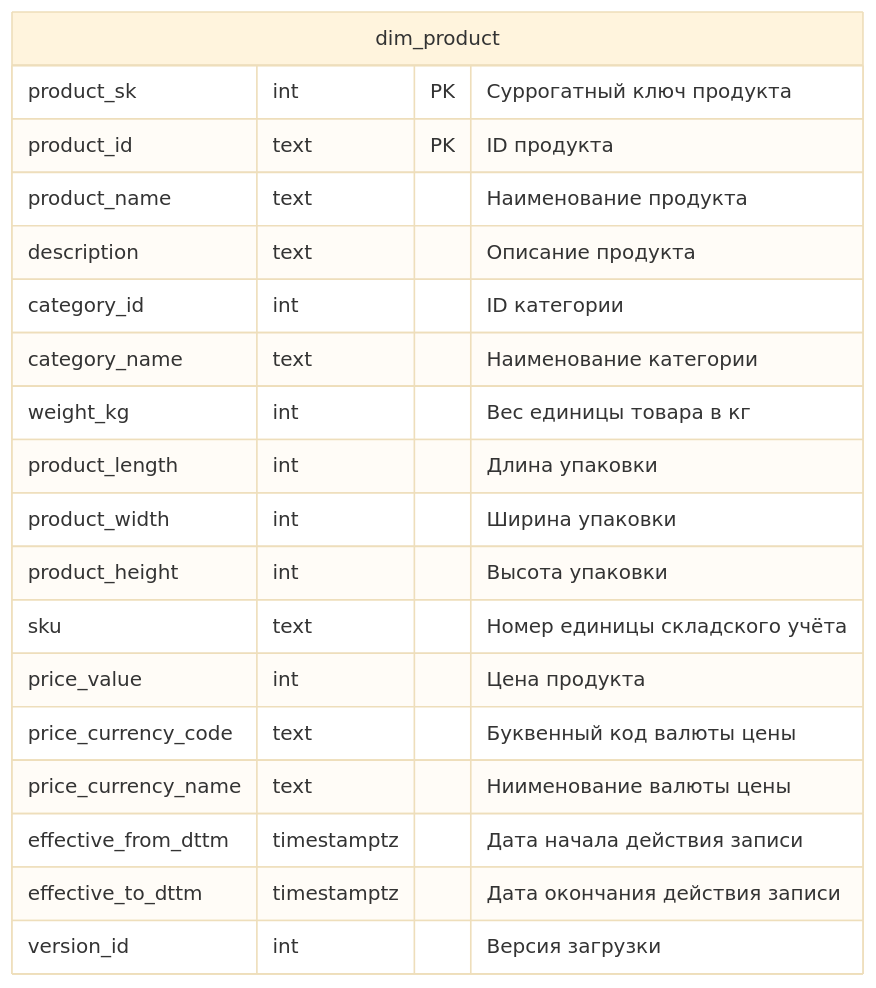
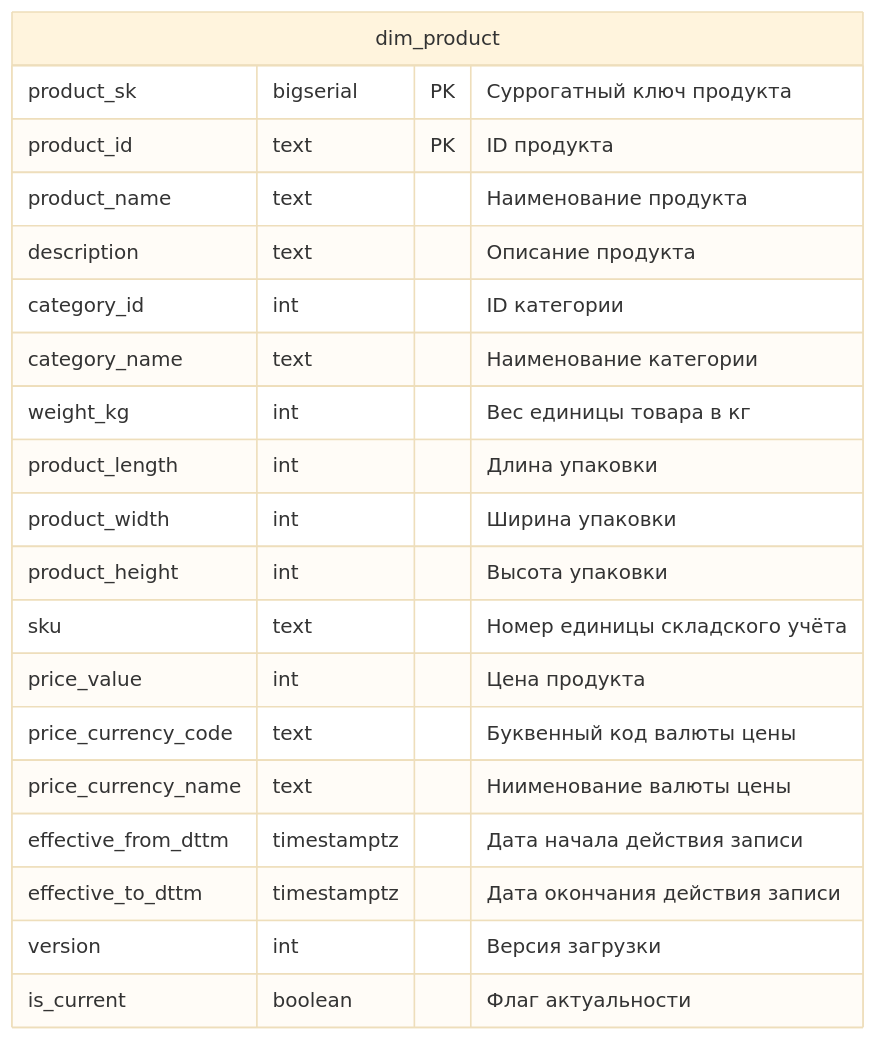
Before and after one commit to vgorbikov/dq-practice: the third of 9 diagrams in docs/db_schema/Базовые ввитрины.md, drawn with Mermaid (base theme). The commit also changed other lines of this file and 2 other files, not shown here.

Commit message:
fix db schema

````diff
--- a/docs/db_schema/Базовые ввитрины.md
+++ b/docs/db_schema/Базовые ввитрины.md
@@ -74,23 +75,24 @@
 ```mermaid
 erDiagram
 
 dim_product {
-    product_sk int PK "Суррогатный ключ продукта"
+    product_sk bigserial PK "Суррогатный ключ продукта"
     product_id text PK "ID продукта"
     product_name text "Наименование продукта"
     description text "Описание продукта"
     category_id int "ID категории"
     category_name text "Наименование категории"
     weight_kg int "Вес единицы товара в кг"
     product_length int "Длина упаковки"
     product_width int "Ширина упаковки"
     product_height int "Высота упаковки"
     sku text "Номер единицы складского учёта"
     price_value int "Цена продукта"
     price_currency_code text "Буквенный код валюты цены"
     price_currency_name text "Ниименование валюты цены"
     effective_from_dttm timestamptz "Дата начала действия записи"
     effective_to_dttm timestamptz "Дата окончания действия записи"
-    version_id int "Версия загрузки"
+    version int "Версия загрузки"
+    is_current boolean "Флаг актуальности"
 }
 ```
````
